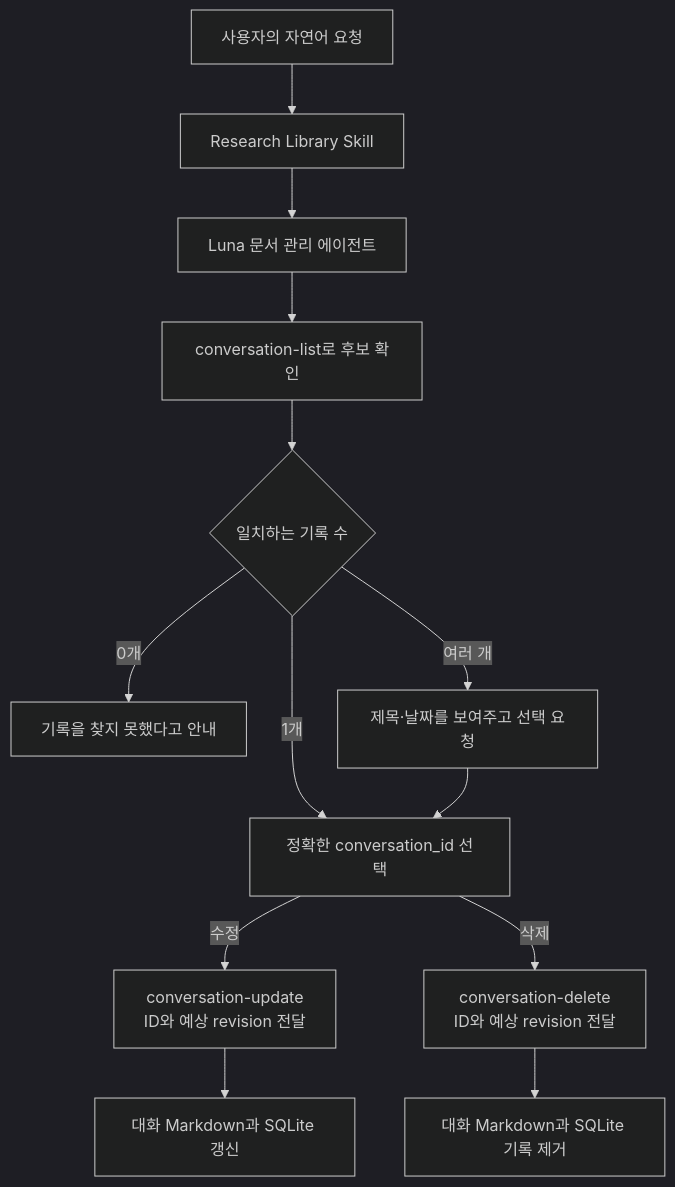
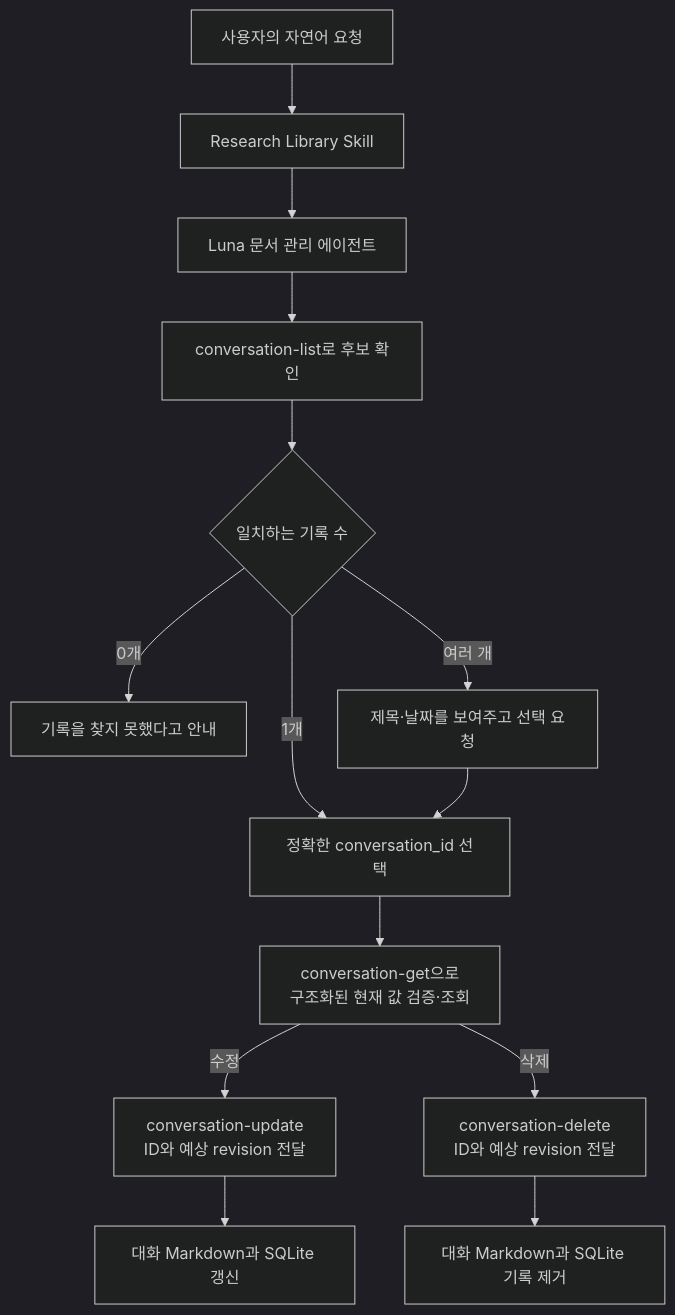
Before and after one commit to LWH4Data/research-agent: the seventh of 9 diagrams in docs/technical/README.md, drawn with Mermaid (dark theme). The commit also changed other lines of this file and 39 other files, not shown here.

````diff
--- a/docs/technical/README.md
+++ b/docs/technical/README.md
@@ -615,15 +896,16 @@
 ```mermaid
 flowchart TD
     U[사용자의 자연어 요청] --> S[Research Library Skill]
     S --> A[Luna 문서 관리 에이전트]
     A --> L[conversation-list로 후보 확인]
     L --> M{일치하는 기록 수}
     M -->|0개| N[기록을 찾지 못했다고 안내]
     M -->|1개| I[정확한 conversation_id 선택]
     M -->|여러 개| Q[제목·날짜를 보여주고 선택 요청]
     Q --> I
-    I -->|수정| UP[conversation-update<br/>ID와 예상 revision 전달]
-    I -->|삭제| DE[conversation-delete<br/>ID와 예상 revision 전달]
+    I --> G[conversation-get으로<br/>구조화된 현재 값 검증·조회]
+    G -->|수정| UP[conversation-update<br/>ID와 예상 revision 전달]
+    G -->|삭제| DE[conversation-delete<br/>ID와 예상 revision 전달]
     UP --> K[대화 Markdown과 SQLite 갱신]
     DE --> X[대화 Markdown과 SQLite 기록 제거]
 ```
````
